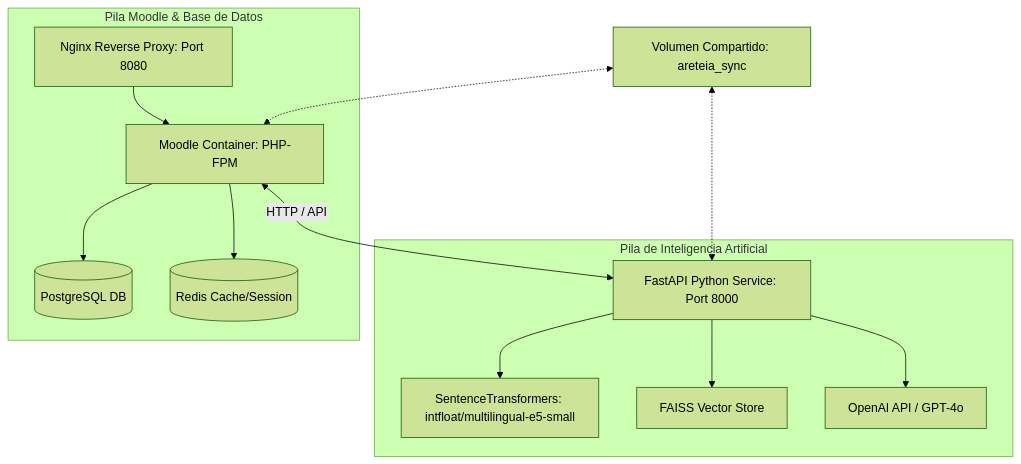
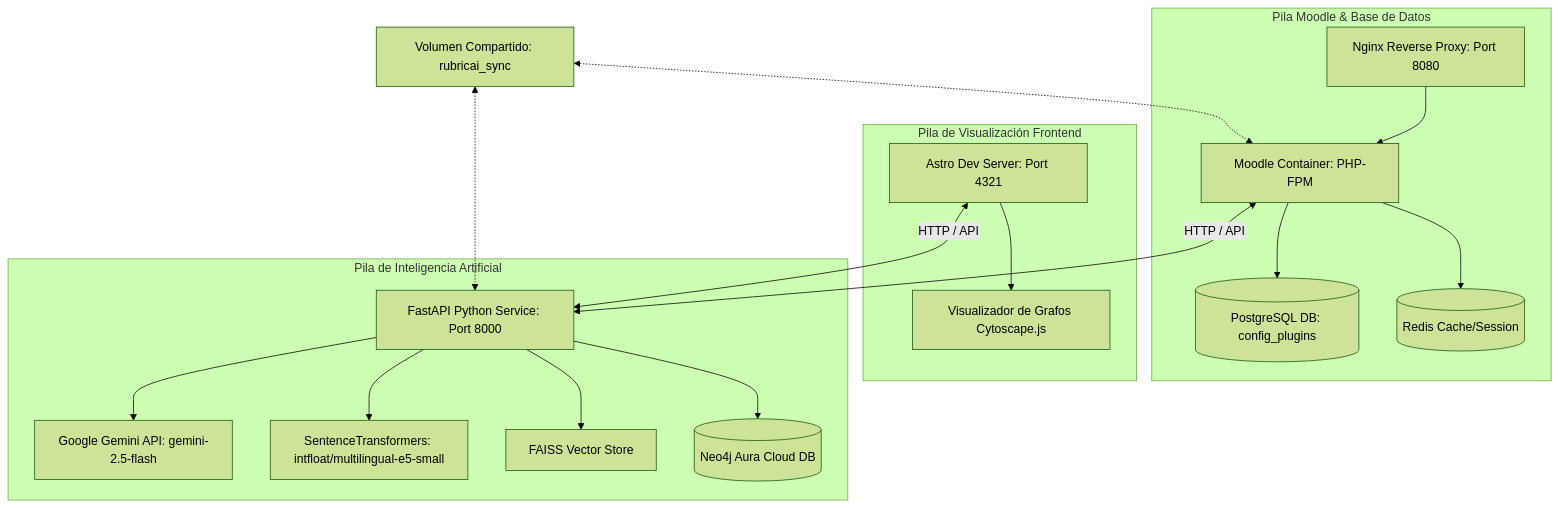
The first of 3 diagrams in README.md (dracero/rubricAI), drawn with Mermaid (forest theme) before and after one commit. The commit also changed other lines of this file and 32 other files, not shown here.

````diff
--- a/README.md
+++ b/README.md
@@ -13,18 +13,24 @@
 ```mermaid
 graph TD
     subgraph Moodle Stack [Pila Moodle & Base de Datos]
         Nginx[Nginx Reverse Proxy: Port 8080] --> Moodle[Moodle Container: PHP-FPM]
-        Moodle --> Postgres[(PostgreSQL DB)]
+        Moodle --> Postgres[(PostgreSQL DB: config_plugins)]
         Moodle --> Redis[(Redis Cache/Session)]
+    end
+
+    subgraph Astro Stack [Pila de Visualización Frontend]
+        Astro[Astro Dev Server: Port 4321] --> Cytoscape[Visualizador de Grafos Cytoscape.js]
     end
 
     subgraph AI Stack [Pila de Inteligencia Artificial]
         Moodle <-- HTTP / API --> fastapi[FastAPI Python Service: Port 8000]
+        Astro <-- HTTP / API --> fastapi
+        fastapi --> Gemini[Google Gemini API: gemini-2.5-flash]
         fastapi --> E5[SentenceTransformers: intfloat/multilingual-e5-small]
         fastapi --> FAISS[FAISS Vector Store]
-        fastapi --> LLM[OpenAI API / GPT-4o]
+        fastapi --> Neo4j[(Neo4j Aura Cloud DB)]
     end
 
-    Volume[Volumen Compartido: areteia_sync] <.-> Moodle
+    Volume[Volumen Compartido: rubricai_sync] <.-> Moodle
     Volume <.-> fastapi
 ```
````
